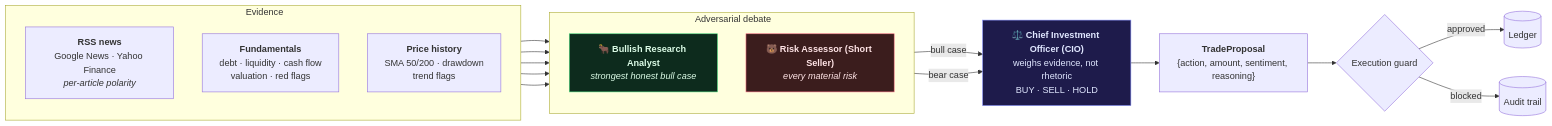
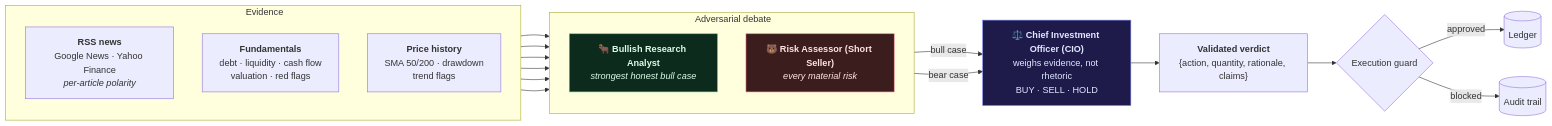
Before and after one commit to SergeyGer/AlphaAgent: the diagram in docs/wiki/Agent-Debate.md, drawn with Mermaid. The commit also changed other lines of this file and 36 other files, not shown here.

````diff
--- a/docs/wiki/Agent-Debate.md
+++ b/docs/wiki/Agent-Debate.md
@@ -24,38 +31,39 @@
 ```mermaid
 flowchart LR
     subgraph evidence["&nbsp;Evidence"]
         direction TB
         NEWS["<b>RSS news</b><br/>Google News · Yahoo Finance<br/><i>per-article polarity</i>"]
         FUND["<b>Fundamentals</b><br/>debt · liquidity · cash flow<br/>valuation · red flags"]
         HIST["<b>Price history</b><br/>SMA 50/200 · drawdown<br/>trend flags"]
     end
 
     subgraph debate["&nbsp;Adversarial debate"]
         direction TB
         BULL["🐂 <b>Bullish Research Analyst</b><br/><i>strongest honest bull case</i>"]
         BEAR["🐻 <b>Risk Assessor (Short Seller)</b><br/><i>every material risk</i>"]
     end
 
     CIO["⚖️ <b>Chief Investment Officer (CIO)</b><br/>weighs evidence, not rhetoric<br/>BUY · SELL · HOLD"]
 
     NEWS --> BULL
     NEWS --> BEAR
     HIST --> BULL
     HIST --> BEAR
+    FUND --> BULL
     FUND --> BEAR
 
     BULL -->|bull case| CIO
     BEAR -->|bear case| CIO
 
-    CIO --> JSON["<b>TradeProposal</b><br/>{action, amount, sentiment, reasoning}"]
+    CIO --> JSON["<b>Validated verdict</b><br/>{action, quantity, rationale, claims}"]
     JSON --> GUARD{"Execution guard"}
     GUARD -->|approved| LEDGER[("Ledger")]
     GUARD -->|blocked| LOG[("Audit trail")]
 
     classDef bull fill:#0d2b1d,stroke:#4ade80,color:#dcfce7
     classDef bear fill:#3b1d1d,stroke:#fb7185,color:#ffe4e6
     classDef cio fill:#1e1b4b,stroke:#818cf8,color:#e0e7ff
     class BULL bull
     class BEAR bear
     class CIO cio
 ```
````
